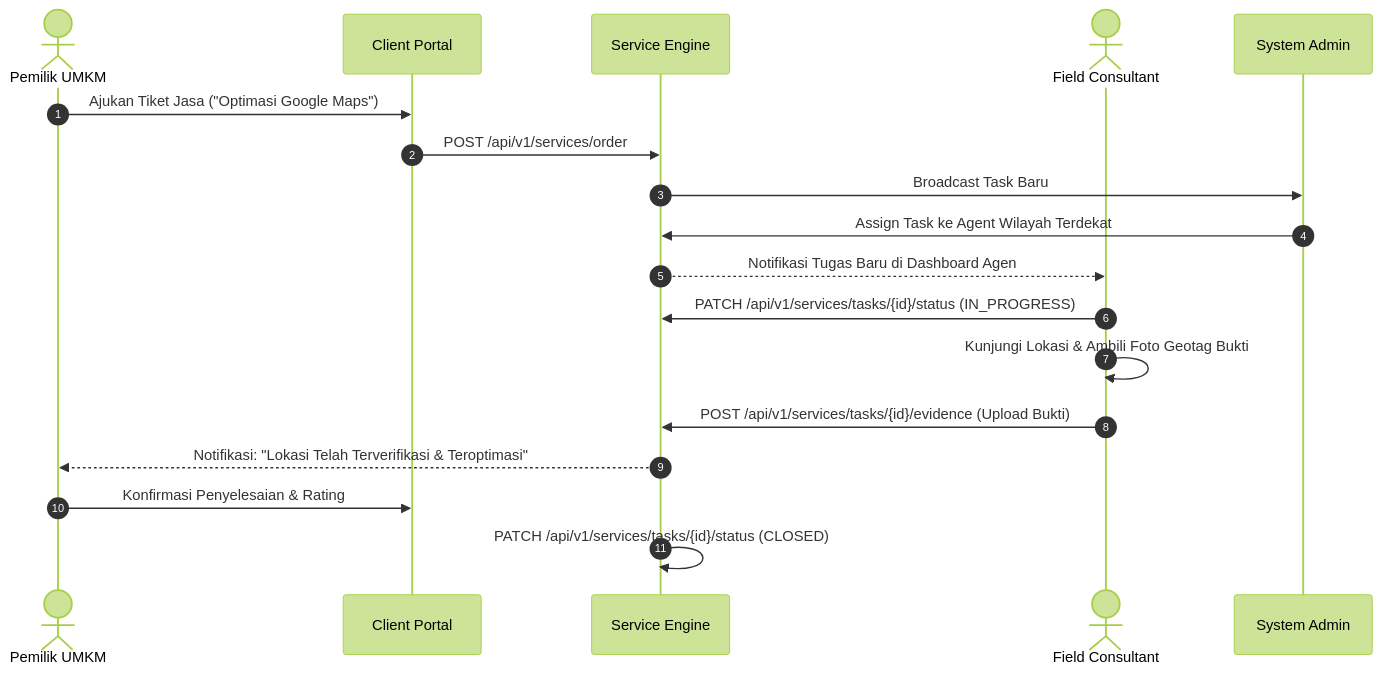
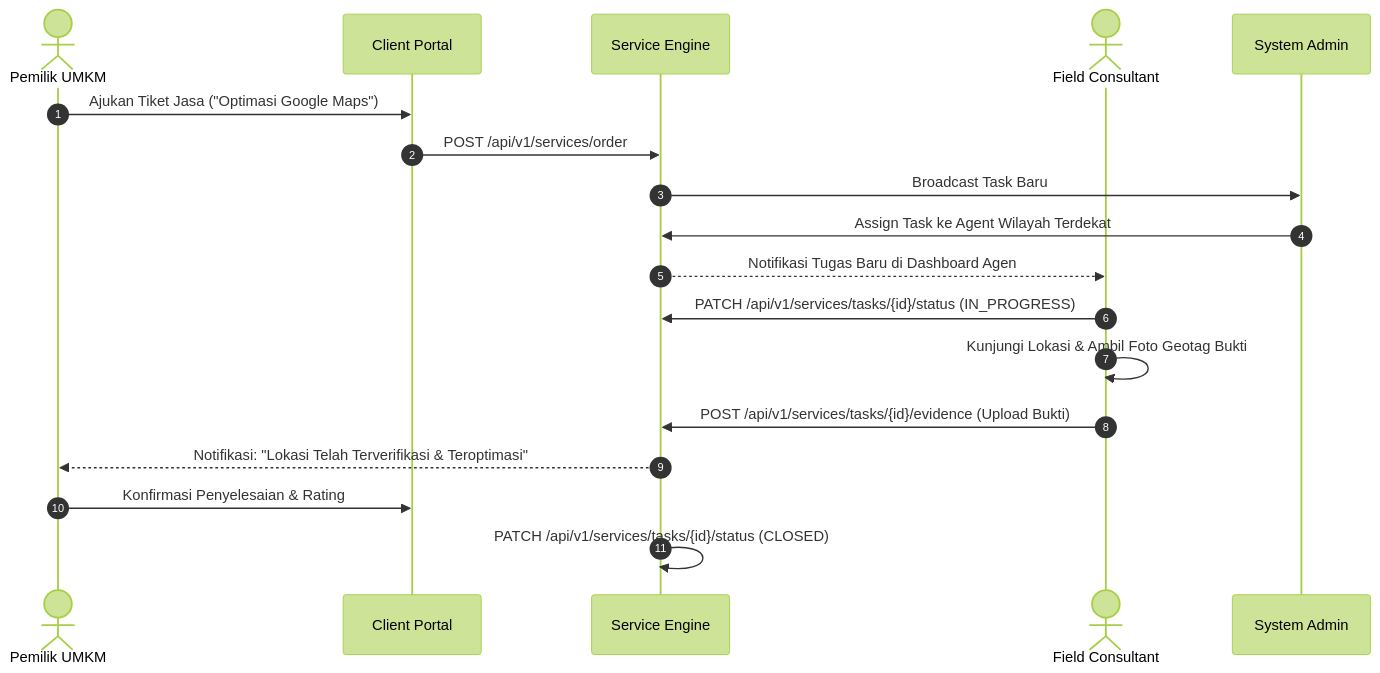
The sixth of 6 diagrams in docs/USER_FLOWS.md (Raskzor/umkm), drawn with Mermaid (forest theme) before and after one commit. The commit also changed other lines of this file and 5 other files, not shown here.

Commit message:
docs: add comprehensive architecture, API, RBAC matrix, and user flow documentation

````diff
--- a/docs/USER_FLOWS.md
+++ b/docs/USER_FLOWS.md
@@ -90,22 +116,22 @@
 ```mermaid
 sequenceDiagram
     autonumber
     actor UMKM as Pemilik UMKM
     participant App as Client Portal
     participant Service as Service Engine
     actor Agent as Field Consultant
     participant Admin as System Admin
 
     UMKM->>App: Ajukan Tiket Jasa ("Optimasi Google Maps")
     App->>Service: POST /api/v1/services/order
     Service->>Admin: Broadcast Task Baru
     Admin->>Service: Assign Task ke Agent Wilayah Terdekat
     Service-->>Agent: Notifikasi Tugas Baru di Dashboard Agen
 
     Agent->>Service: PATCH /api/v1/services/tasks/{id}/status (IN_PROGRESS)
-    Agent->>Agent: Kunjungi Lokasi & Ambili Foto Geotag Bukti
+    Agent->>Agent: Kunjungi Lokasi & Ambil Foto Geotag Bukti
     Agent->>Service: POST /api/v1/services/tasks/{id}/evidence (Upload Bukti)
     Service-->>UMKM: Notifikasi: "Lokasi Telah Terverifikasi & Teroptimasi"
     UMKM->>App: Konfirmasi Penyelesaian & Rating
     Service->>Service: PATCH /api/v1/services/tasks/{id}/status (CLOSED)
 ```
````
